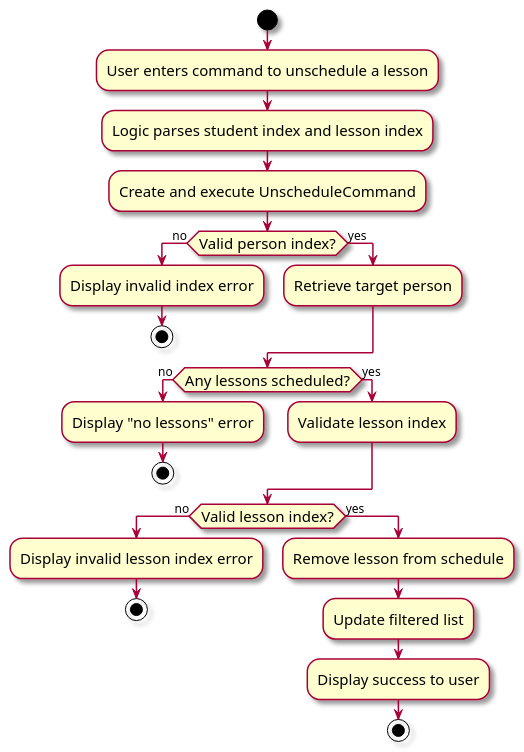
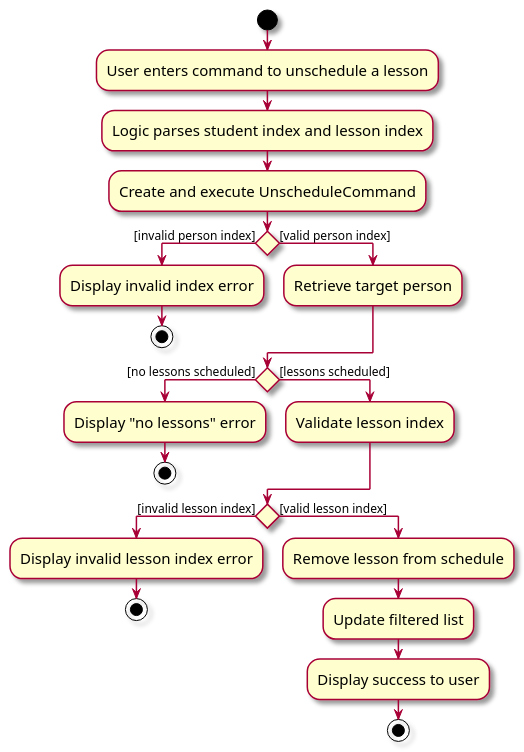
One commit to tonyvict/tp changed the diagram in docs/diagrams/UnscheduleCommandActivityDiagram.puml. Above: the diagram before and after it, drawn with PlantUML. The commit also changed 8 other files, not shown here.

Commit message:
Update activity diagrams

```diff
--- a/docs/diagrams/UnscheduleCommandActivityDiagram.puml
+++ b/docs/diagrams/UnscheduleCommandActivityDiagram.puml
@@ -1,30 +1,30 @@
 @startuml
 skin rose
 skinparam ActivityFontSize 15
 skinparam ArrowFontSize 12
 start
 :User enters command to unschedule a lesson;
 :Logic parses student index and lesson index;
 :Create and execute UnscheduleCommand;
-if (Valid person index?) then (no)
+if () then ([invalid person index])
   :Display invalid index error;
   stop
-else (yes)
+else ([valid person index])
   :Retrieve target person;
 endif
-if (Any lessons scheduled?) then (no)
+if () then ([no lessons scheduled])
   :Display "no lessons" error;
   stop
-else (yes)
+else ([lessons scheduled])
   :Validate lesson index;
 endif
-if (Valid lesson index?) then (no)
+if () then ([invalid lesson index])
   :Display invalid lesson index error;
   stop
-else (yes)
+else ([valid lesson index])
   :Remove lesson from schedule;
   :Update filtered list;
   :Display success to user;
   stop
 endif
 @enduml
```
